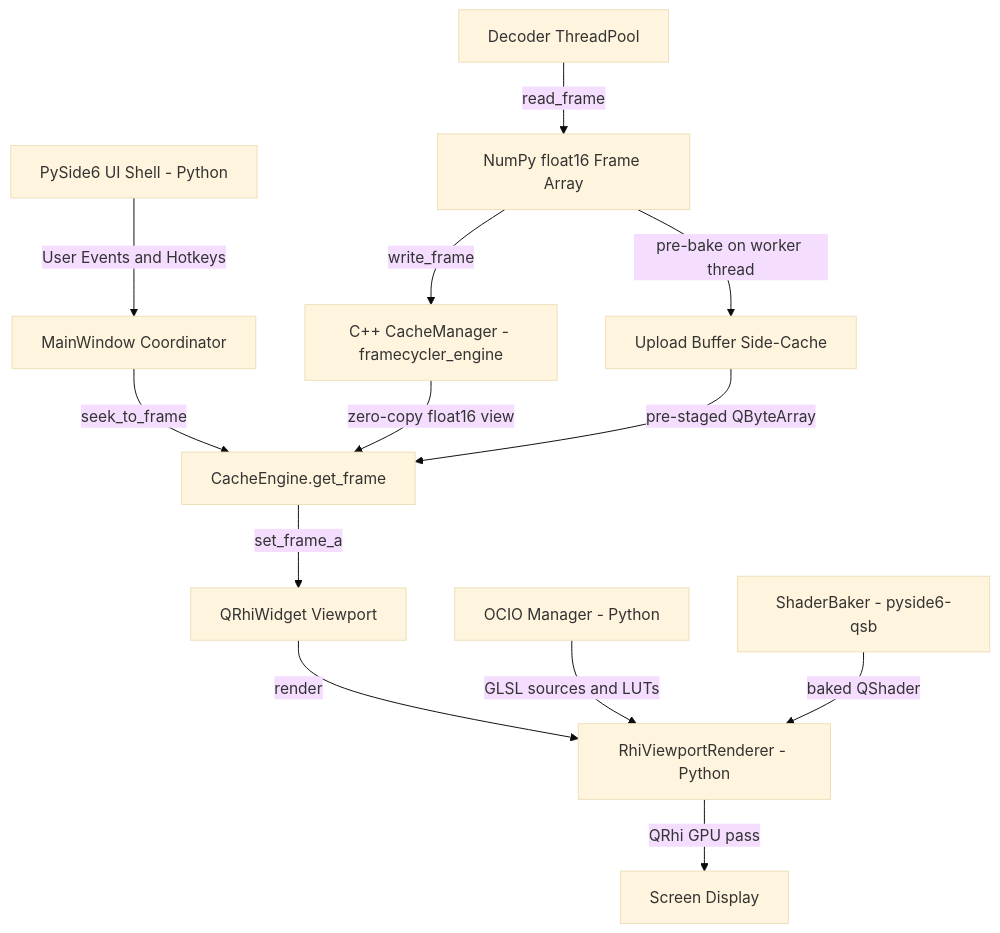
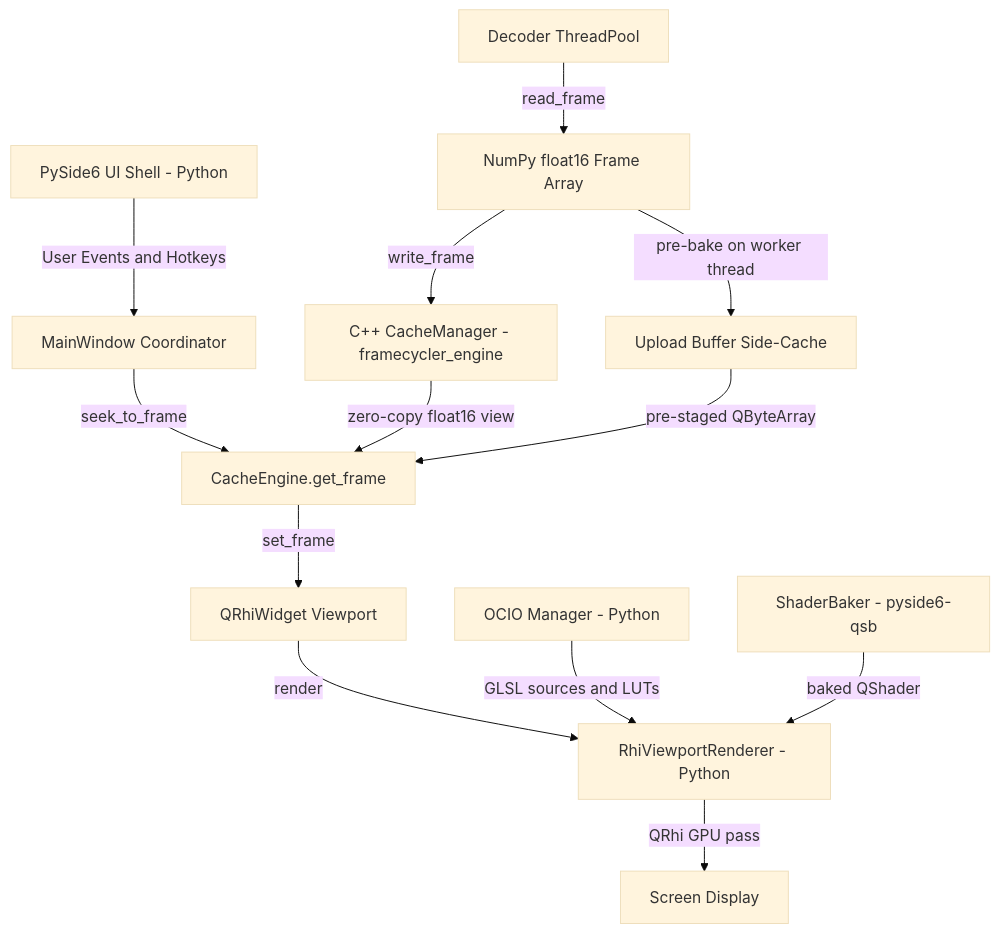
The diagram in README.md (bernhardkimbacher/Framecycler), drawn with Mermaid (base theme) before and after one commit. The commit also changed other lines of this file and 14 other files, not shown here.

````diff
--- a/README.md
+++ b/README.md
@@ -11,15 +11,15 @@
 ```mermaid
 graph TD
     A[PySide6 UI Shell - Python] -->|User Events and Hotkeys| B[MainWindow Coordinator]
     B -->|seek_to_frame| C[CacheEngine.get_frame]
     D[Decoder ThreadPool] -->|read_frame| E[NumPy float16 Frame Array]
     E -->|write_frame| F[C++ CacheManager - framecycler_engine]
     E -->|pre-bake on worker thread| G[Upload Buffer Side-Cache]
     F -->|zero-copy float16 view| C
     G -->|pre-staged QByteArray| C
-    C -->|set_frame_a| H[QRhiWidget Viewport]
+    C -->|set_frame| H[QRhiWidget Viewport]
     H -->|render| I[RhiViewportRenderer - Python]
     I -->|QRhi GPU pass| J[Screen Display]
     K[OCIO Manager - Python] -->|GLSL sources and LUTs| I
     L[ShaderBaker - pyside6-qsb] -->|baked QShader| I
 ```
````
